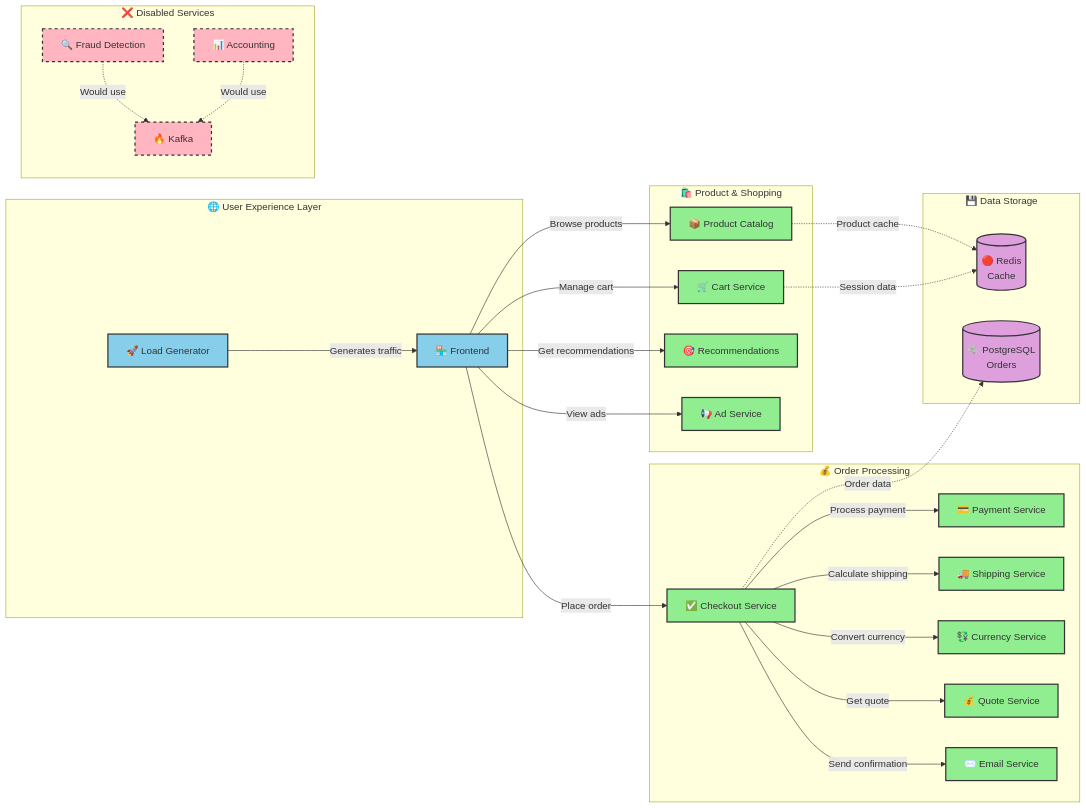
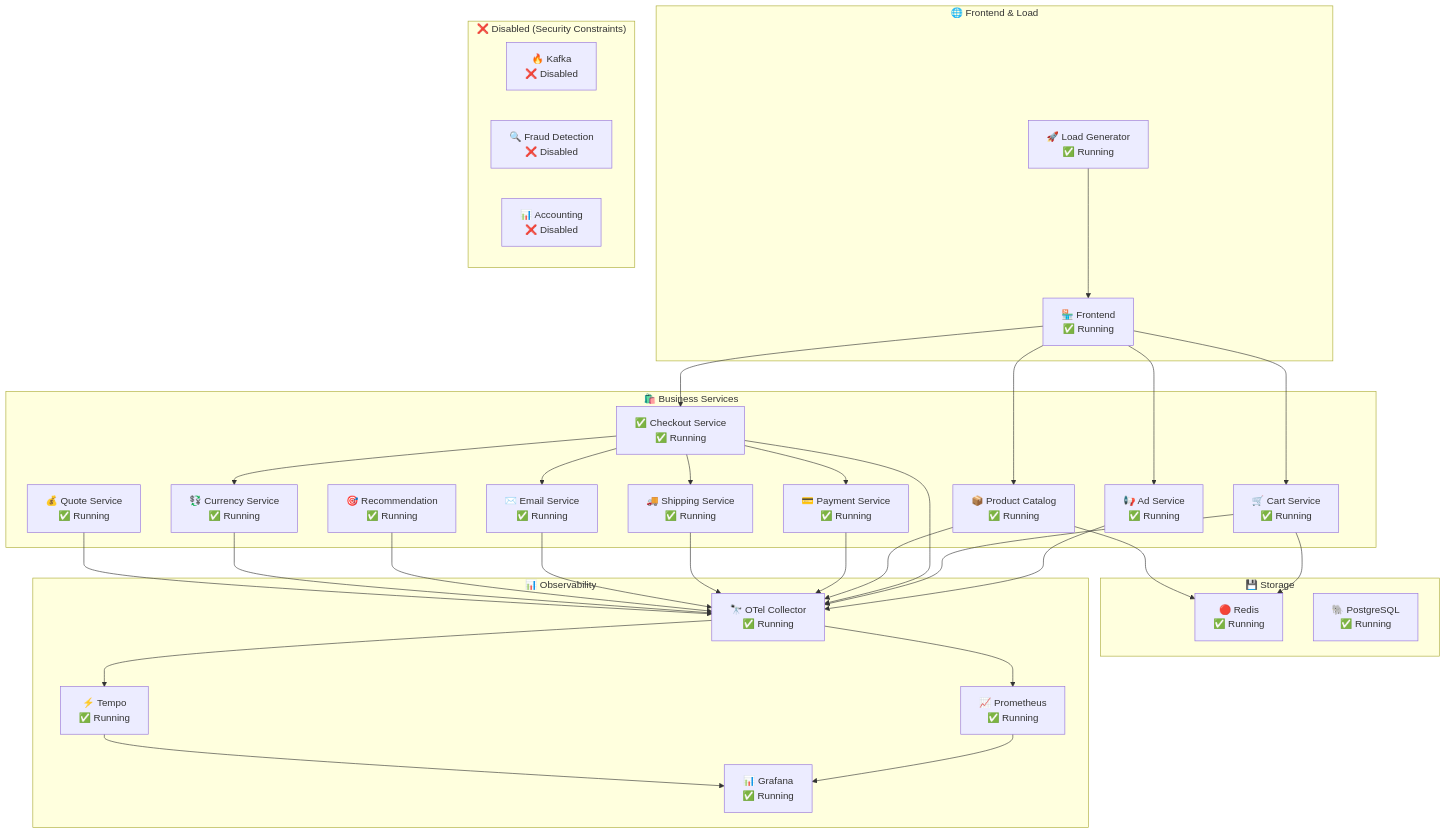
The diagram in README.md (Mistral-valaise/opentelemetry-observability), drawn with Mermaid before and after one commit. The commit also changed other lines of this file and 5 other files, not shown here.

````diff
--- a/README.md
+++ b/README.md
@@ -282,69 +65,49 @@
 ```mermaid
-graph LR
-    subgraph "🌐 User Experience Layer"
-        FE[🏪 Frontend]
-        LG[🚀 Load Generator]
+graph TB
+    subgraph "🌐 Frontend & Load"
+        LG[🚀 Load Generator<br/>✅ Running]
+        FE[🏪 Frontend<br/>✅ Running]
     end
     
-    subgraph "🛍️ Product & Shopping"
-        PCS[📦 Product Catalog]
-        CS[🛒 Cart Service]
-        RS[🎯 Recommendations]
-        AS[📢 Ad Service]
+    subgraph "🛍️ Business Services"
+        AS[📢 Ad Service<br/>✅ Running]
+        CS[🛒 Cart Service<br/>✅ Running]
+        COS[✅ Checkout Service<br/>✅ Running]
+        PCS[📦 Product Catalog<br/>✅ Running]
+        PS[💳 Payment Service<br/>✅ Running]
+        SS[🚚 Shipping Service<br/>✅ Running]
+        ES[✉️ Email Service<br/>✅ Running]
+        RS[🎯 Recommendation<br/>✅ Running]
+        CUS[💱 Currency Service<br/>✅ Running]
+        QS[💰 Quote Service<br/>✅ Running]
     end
     
-    subgraph "💰 Order Processing"
-        COS[✅ Checkout Service]
-        PS[💳 Payment Service]
-        SS[🚚 Shipping Service]
-        CUS[💱 Currency Service]
-        QS[💰 Quote Service]
-        ES[✉️ Email Service]
+    subgraph "❌ Disabled (Security Constraints)"
+        KS[🔥 Kafka<br/>❌ Disabled]
+        FDS[🔍 Fraud Detection<br/>❌ Disabled]
+        ACS[📊 Accounting<br/>❌ Disabled]
     end
     
-    subgraph "💾 Data Storage"
-        RD[(🔴 Redis<br/>Cache)]
-        PG[(🐘 PostgreSQL<br/>Orders)]
+    subgraph "💾 Storage"
+        RD[🔴 Redis<br/>✅ Running]
+        PG[🐘 PostgreSQL<br/>✅ Running]
     end
     
-    subgraph "❌ Disabled Services"
-        KS[🔥 Kafka]
-        FDS[🔍 Fraud Detection]
-        ACS[📊 Accounting]
+    subgraph "📊 Observability"
+        OC[🔭 OTel Collector<br/>✅ Running]
+        PR[📈 Prometheus<br/>✅ Running]
+        GR[📊 Grafana<br/>✅ Running]
+        TP[⚡ Tempo<br/>✅ Running]
     end
     
-    %% User interactions
-    LG -->|Generates traffic| FE
-    FE -->|Browse products| PCS
-    FE -->|View ads| AS
-    FE -->|Get recommendations| RS
-    FE -->|Manage cart| CS
-    FE -->|Place order| COS
+    LG --> FE
+    FE --> AS & CS & COS & PCS
+    COS --> PS & SS & ES & CUS
+    CS --> RD
+    PCS --> RD
     
-    %% Checkout flow
-    COS -->|Process payment| PS
-    COS -->|Calculate shipping| SS
-    COS -->|Convert currency| CUS
-    COS -->|Get quote| QS
-    COS -->|Send confirmation| ES
-    
-    %% Data dependencies
-    CS -.->|Session data| RD
-    PCS -.->|Product cache| RD
-    COS -.->|Order data| PG
-    
-    %% Disabled dependencies (shown as dashed)
-    FDS -.->|Would use| KS
-    ACS -.->|Would use| KS
-    
-    %% Styling
-    classDef running fill:#90EE90,stroke:#333,stroke-width:2px
-    classDef disabled fill:#FFB6C1,stroke:#333,stroke-width:2px,stroke-dasharray: 5 5
-    classDef storage fill:#DDA0DD,stroke:#333,stroke-width:2px
-    classDef frontend fill:#87CEEB,stroke:#333,stroke-width:2px
-    
-    class FE,LG frontend
-    class PCS,CS,RS,AS,COS,PS,SS,CUS,QS,ES running
-    class KS,FDS,ACS disabled
-    class RD,PG storage
+    AS & CS & COS & PCS & PS & SS & ES & RS & CUS & QS --> OC
+    OC --> PR & TP
+    PR --> GR
+    TP --> GR
 ```
````
